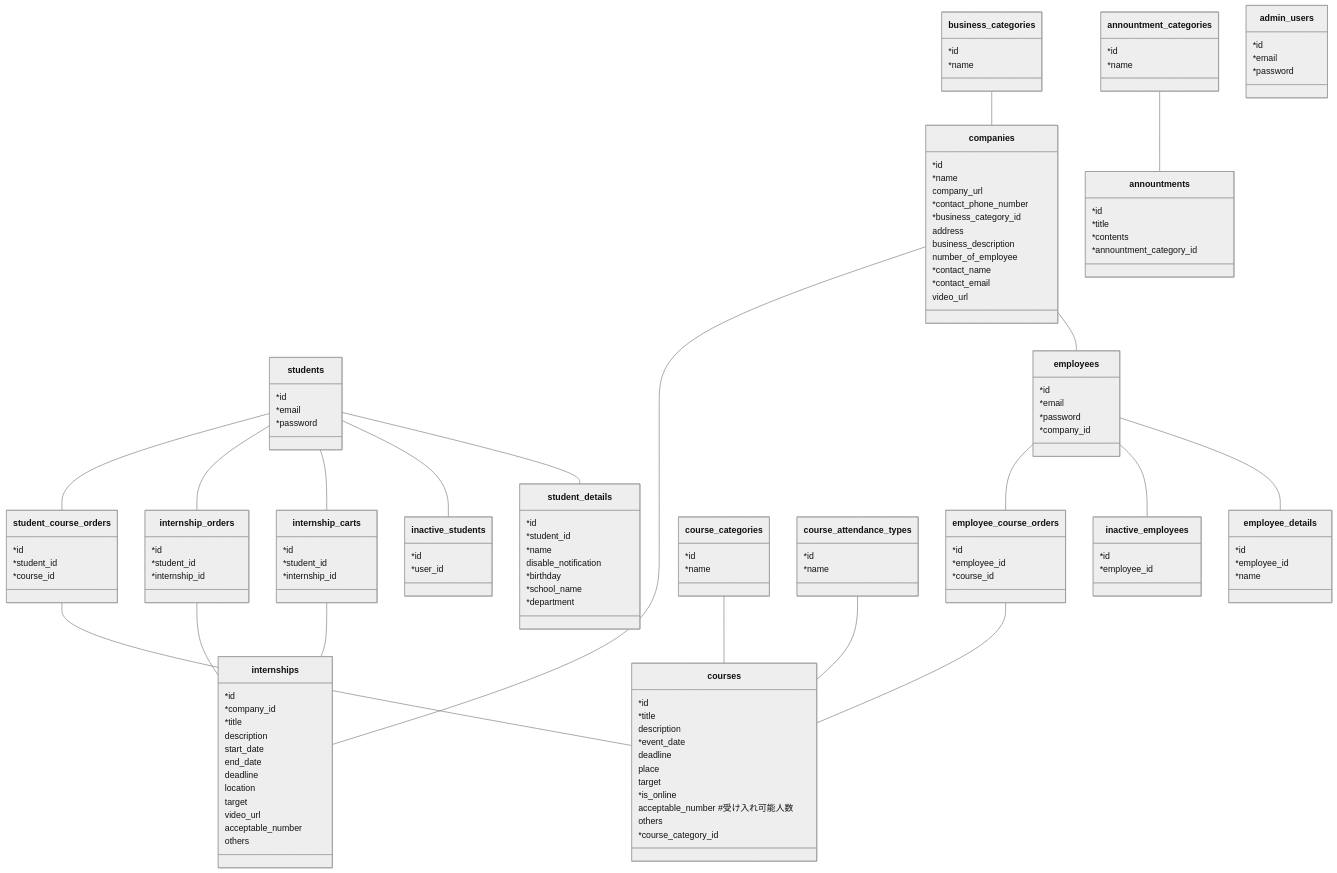
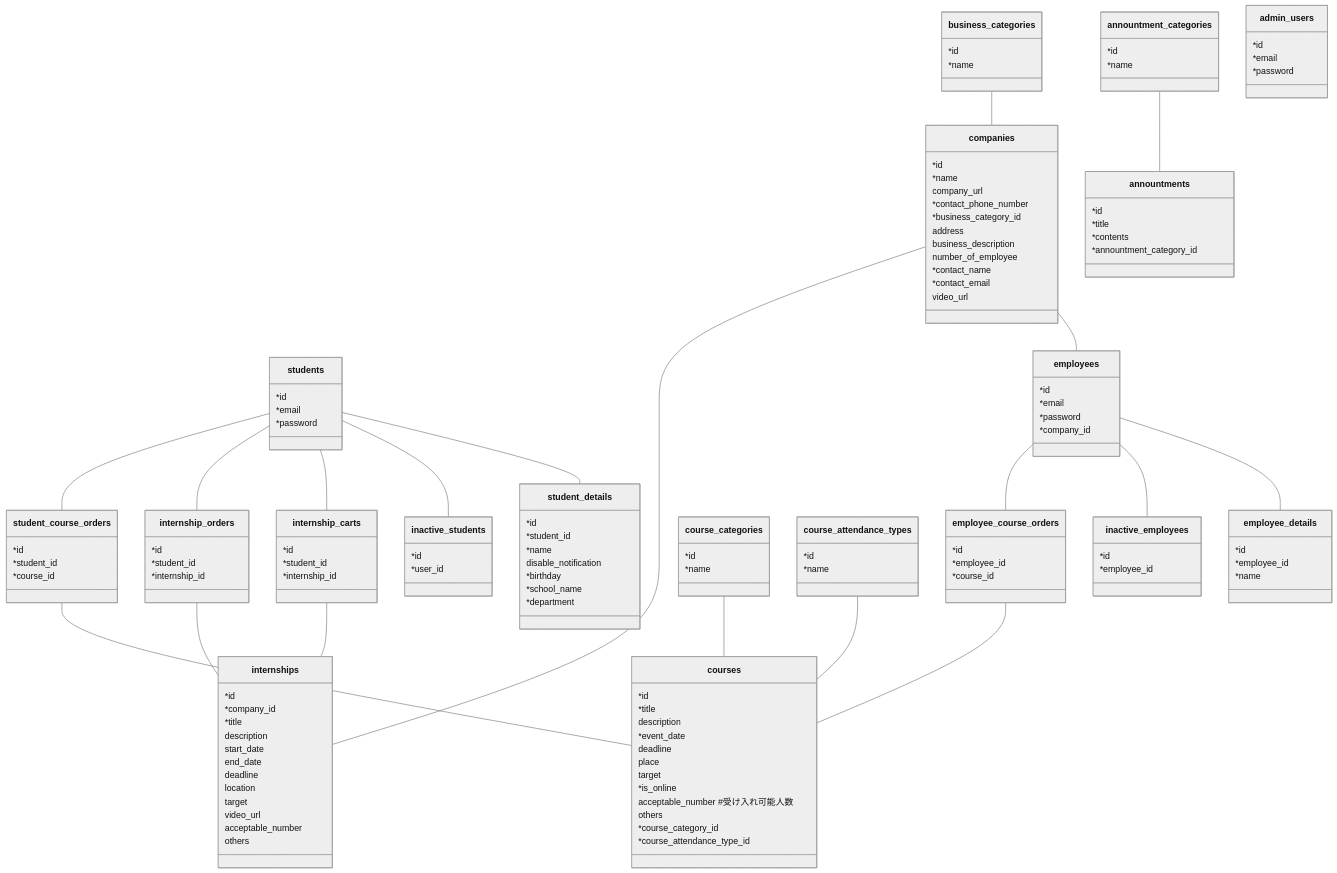
Before and after one commit to youichiro/nagaoka-internship-site: the diagram in docs/schema.md, drawn with Mermaid.

```diff
--- a/docs/schema.md
+++ b/docs/schema.md
@@ -138,6 +138,7 @@
     acceptable_number #受け入れ可能人数
     others
     *course_category_id
+    *course_attendance_type_id
   }
 
   class student_course_orders {
```
